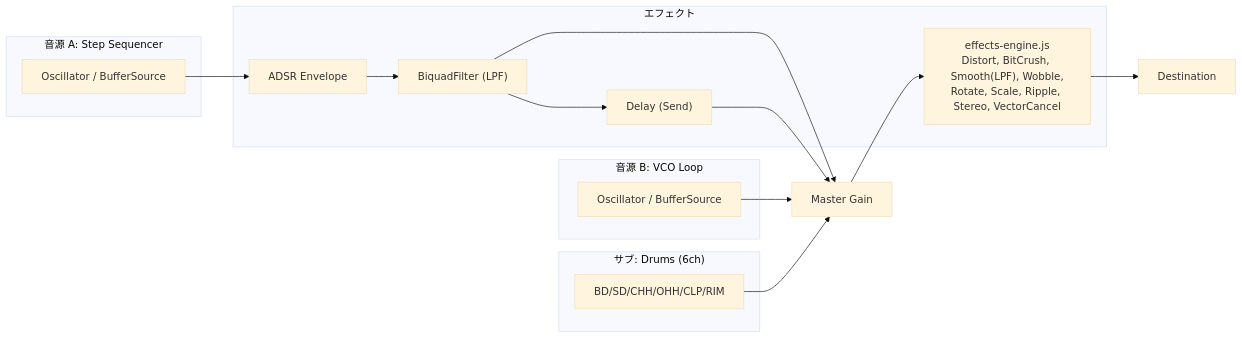
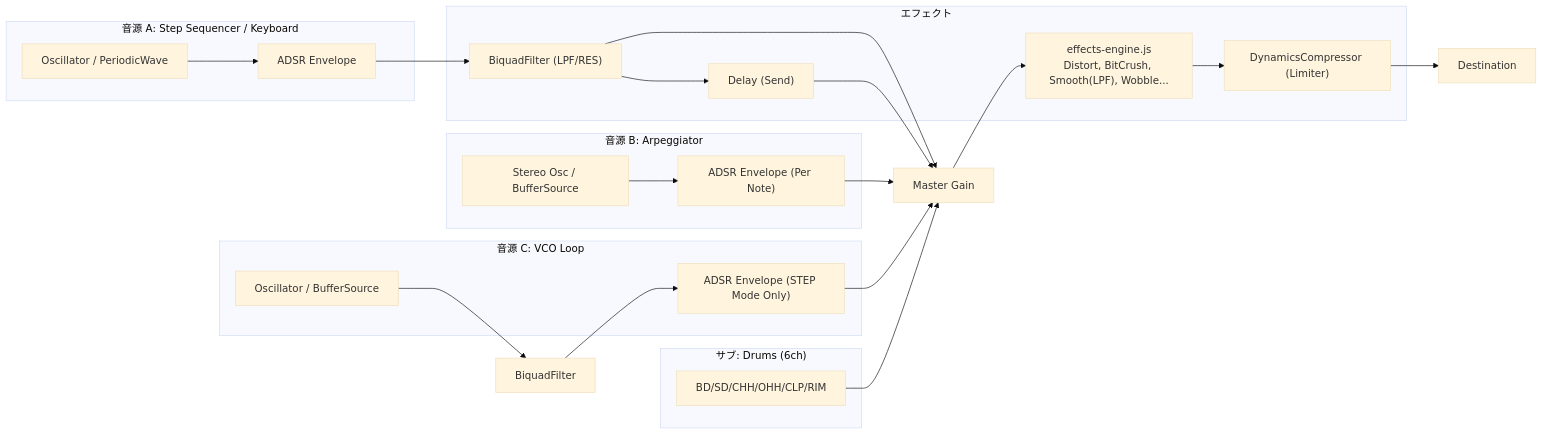
One commit to na-gasena/DrawingLissajousOscilloscopicSynthesizer-II-DLOSy-II changed the second of 2 diagrams in Doc/architecture.md. Above: the diagram before and after it, drawn with Mermaid (base theme). The commit also changed other lines of this file and 7 other files, not shown here.

````diff
--- a/Doc/architecture.md
+++ b/Doc/architecture.md
@@ -121,32 +131,40 @@
 ```mermaid
 graph LR
-    subgraph "音源 A: Step Sequencer"
-        OSC_A["Oscillator / BufferSource"]
+    subgraph "音源 A: Step Sequencer / Keyboard"
+        OSC_A["Oscillator / PeriodicWave"]
+        ADSR_A["ADSR Envelope"]
     end
 
-    subgraph "音源 B: VCO Loop"
-        OSC_B["Oscillator / BufferSource"]
+    subgraph "音源 B: Arpeggiator"
+        OSC_ARP["Stereo Osc / BufferSource"]
+        ADSR_ARP["ADSR Envelope (Per Note)"]
+    end
+
+    subgraph "音源 C: VCO Loop"
+        OSC_VCO["Oscillator / BufferSource"]
+        ADSR_VCO["ADSR Envelope (STEP Mode Only)"]
     end
 
     subgraph "サブ: Drums (6ch)"
         DRUMS["BD/SD/CHH/OHH/CLP/RIM"]
     end
 
     subgraph "エフェクト"
-        ADSR_ENV["ADSR Envelope"]
-        FLT["BiquadFilter (LPF)"]
+        FLT["BiquadFilter (LPF/RES)"]
         DLY_SEND["Delay (Send)"]
-        FX_CHAIN["effects-engine.js<br/>Distort, BitCrush, Smooth(LPF), Wobble,<br/>Rotate, Scale, Ripple, Stereo, VectorCancel"]
+        MASTER_LIMIT["DynamicsCompressor (Limiter)"]
+        FX_CHAIN["effects-engine.js<br/>Distort, BitCrush, Smooth(LPF), Wobble..."]
     end
 
     MASTER["Master Gain"]
     OUT["Destination"]
 
-    OSC_A --> ADSR_ENV --> FLT
-    OSC_B --> MASTER
+    OSC_A --> ADSR_A --> FLT
+    OSC_ARP --> ADSR_ARP --> MASTER
+    OSC_VCO --> FLT_VCO["BiquadFilter"] --> ADSR_VCO --> MASTER
     DRUMS --> MASTER
 
     FLT --> MASTER
     FLT --> DLY_SEND --> MASTER
-    MASTER --> FX_CHAIN --> OUT
+    MASTER --> FX_CHAIN --> MASTER_LIMIT --> OUT
 ```
````
